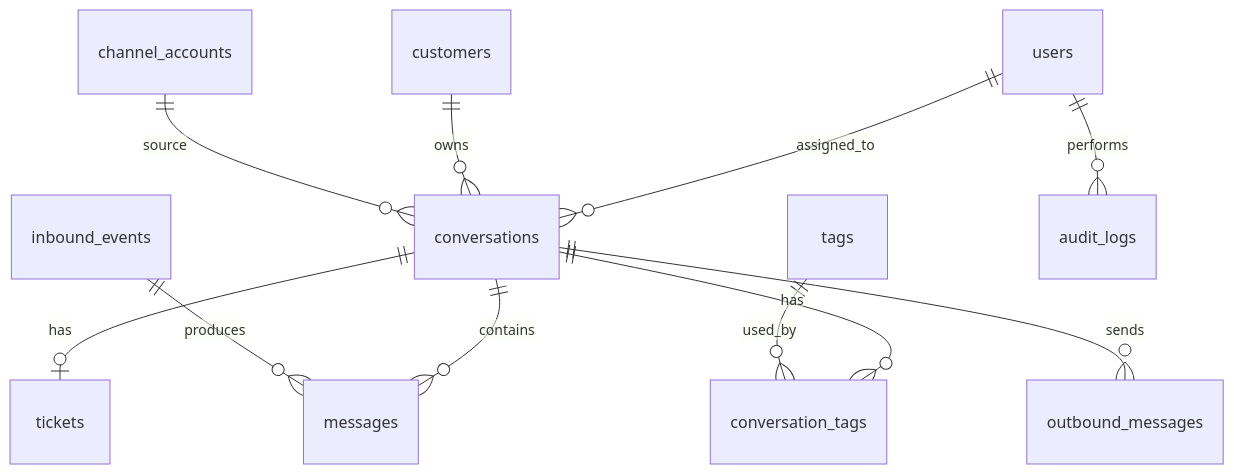
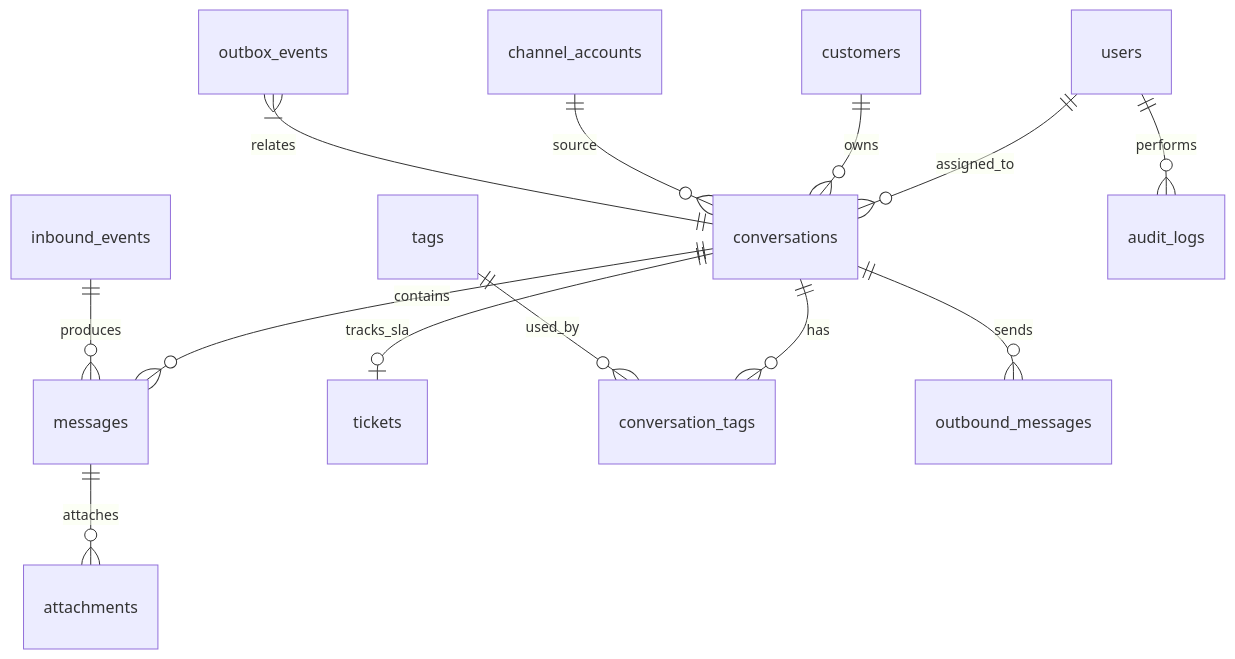
Before and after one commit to tbnguyen274/omnidesk: the diagram in docs/database-design.md, drawn with Mermaid. The commit also changed other lines of this file and 8 other files, not shown here.

````diff
--- a/docs/database-design.md
+++ b/docs/database-design.md
@@ -16,13 +16,15 @@
 ```mermaid
 erDiagram
     users ||--o{ conversations : assigned_to
     customers ||--o{ conversations : owns
     conversations ||--o{ messages : contains
-    conversations ||--o| tickets : has
+    conversations ||--o| tickets : tracks_sla
     conversations ||--o{ conversation_tags : has
     tags ||--o{ conversation_tags : used_by
     channel_accounts ||--o{ conversations : source
     conversations ||--o{ outbound_messages : sends
     inbound_events ||--o{ messages : produces
+    messages ||--o{ attachments : attaches
     users ||--o{ audit_logs : performs
+    outbox_events }|--|| conversations : relates
 ```
````
